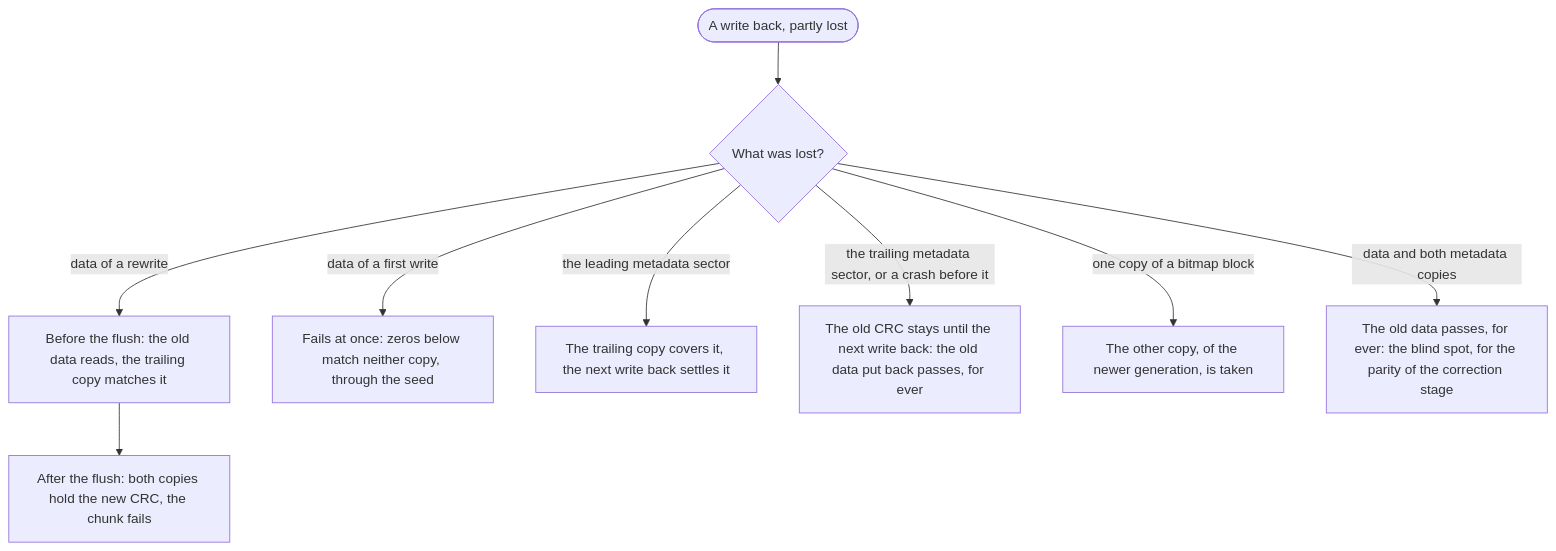
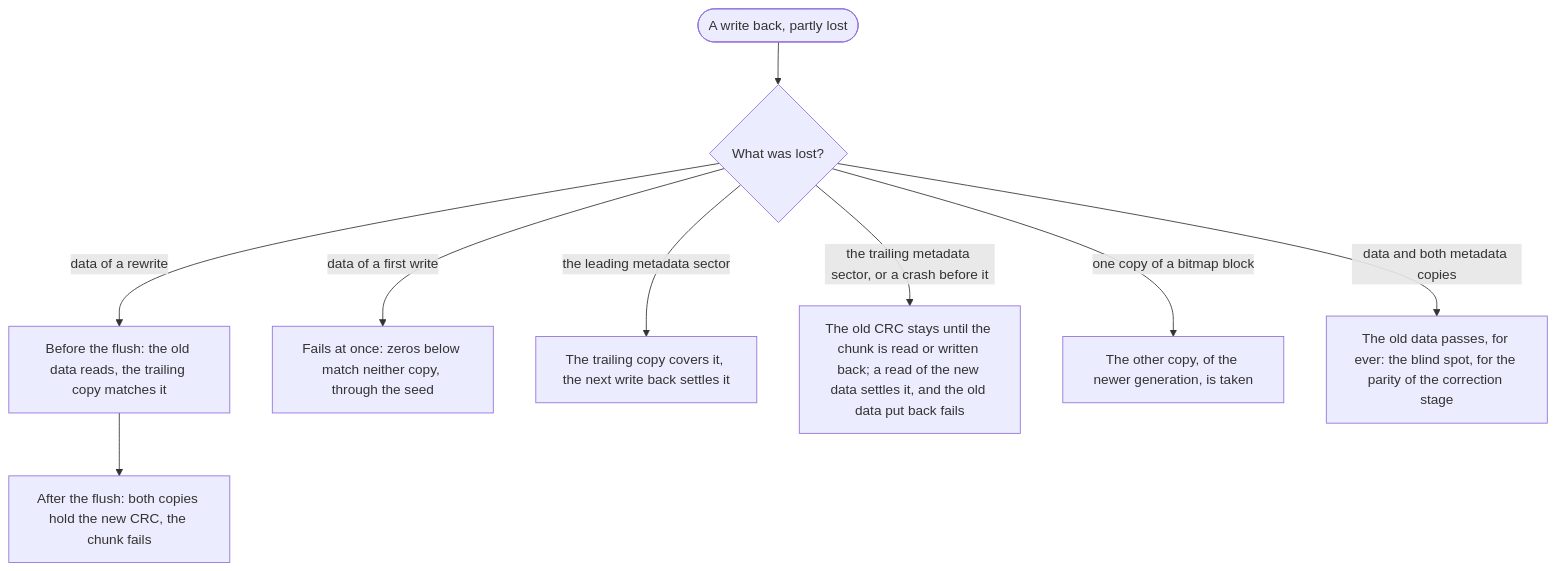
Before and after one commit to Dx-by-Dy/Automatic-Error-Correction-Driver: diagram 16 of 20 in docs/en/DIAGRAMS.md, drawn with Mermaid. The commit also changed other lines of this file and 21 other files, not shown here.

````diff
--- a/docs/en/DIAGRAMS.md
+++ b/docs/en/DIAGRAMS.md
@@ -427,11 +432,11 @@
 ```mermaid
 flowchart TD
     lost(["A write back, partly lost"]) --> what{"What was lost?"}
     what -- "data of a rewrite" --> a1["Before the flush: the old data reads, the trailing copy matches it"]
     a1 --> a2["After the flush: both copies hold the new CRC, the chunk fails"]
     what -- "data of a first write" --> b1["Fails at once: zeros below match neither copy, through the seed"]
     what -- "the leading metadata sector" --> c1["The trailing copy covers it, the next write back settles it"]
-    what -- "the trailing metadata sector, or a crash before it" --> t1["The old CRC stays until the next write back: the old data put back passes, for ever"]
+    what -- "the trailing metadata sector, or a crash before it" --> t1["The old CRC stays until the chunk is read or written back; a read of the new data settles it, and the old data put back fails"]
     what -- "one copy of a bitmap block" --> d1["The other copy, of the newer generation, is taken"]
     what -- "data and both metadata copies" --> e1["The old data passes, for ever: the blind spot, for the parity of the correction stage"]
 ```
````
